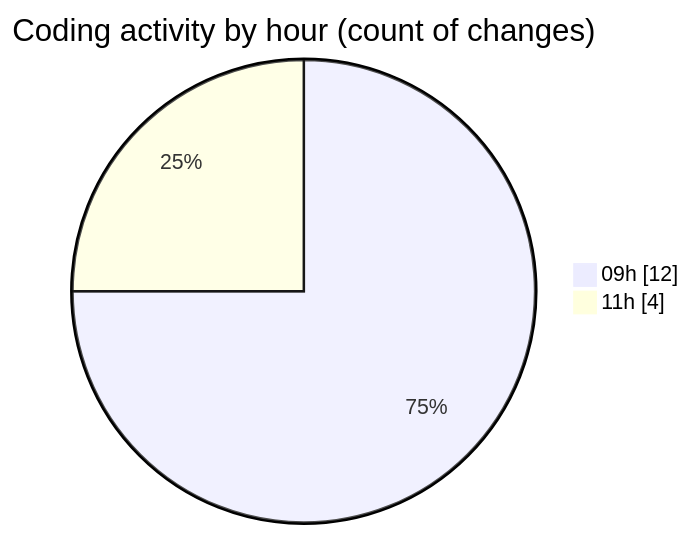
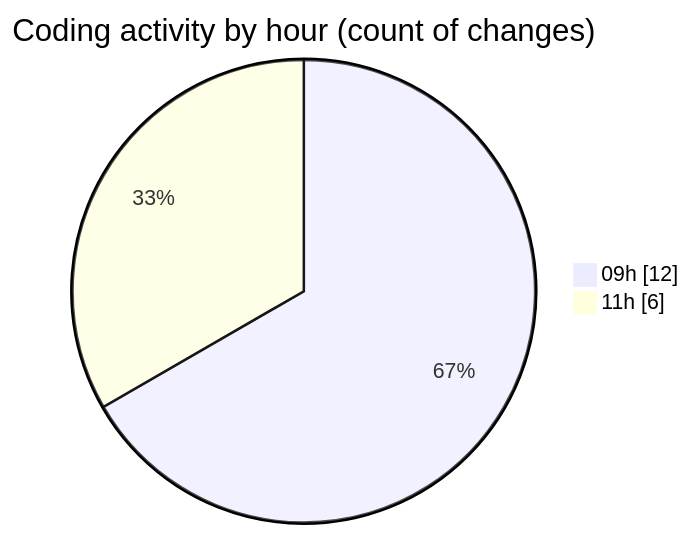
Before and after one commit to robertbonfada/code-tracking: the second of 2 diagrams in 2025-02-20/mbc-web/README.md, drawn with Mermaid. The commit also changed other lines of this file and 1 other file, not shown here.

````diff
--- a/2025-02-20/mbc-web/README.md
+++ b/2025-02-20/mbc-web/README.md
@@ -37,6 +39,6 @@
 ```mermaid
 pie showData
 title Coding activity by hour (count of changes)
 "09h" : 12
-"11h" : 4
+"11h" : 6
 ```
````
